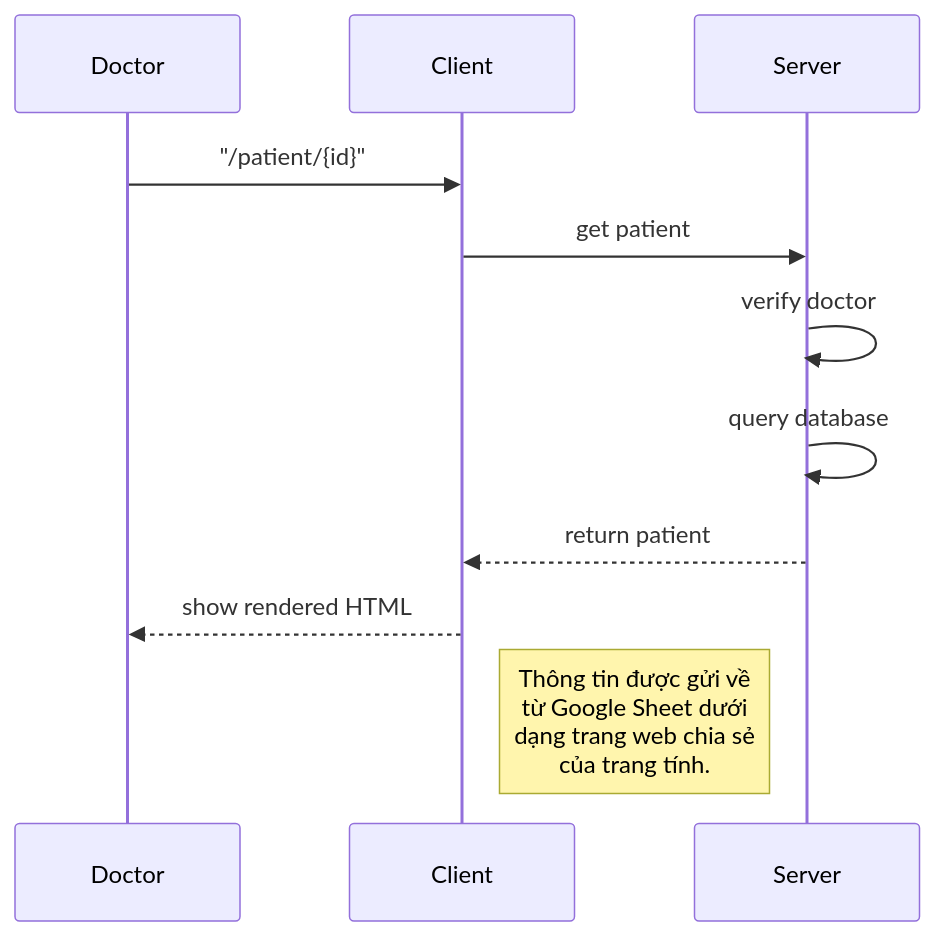
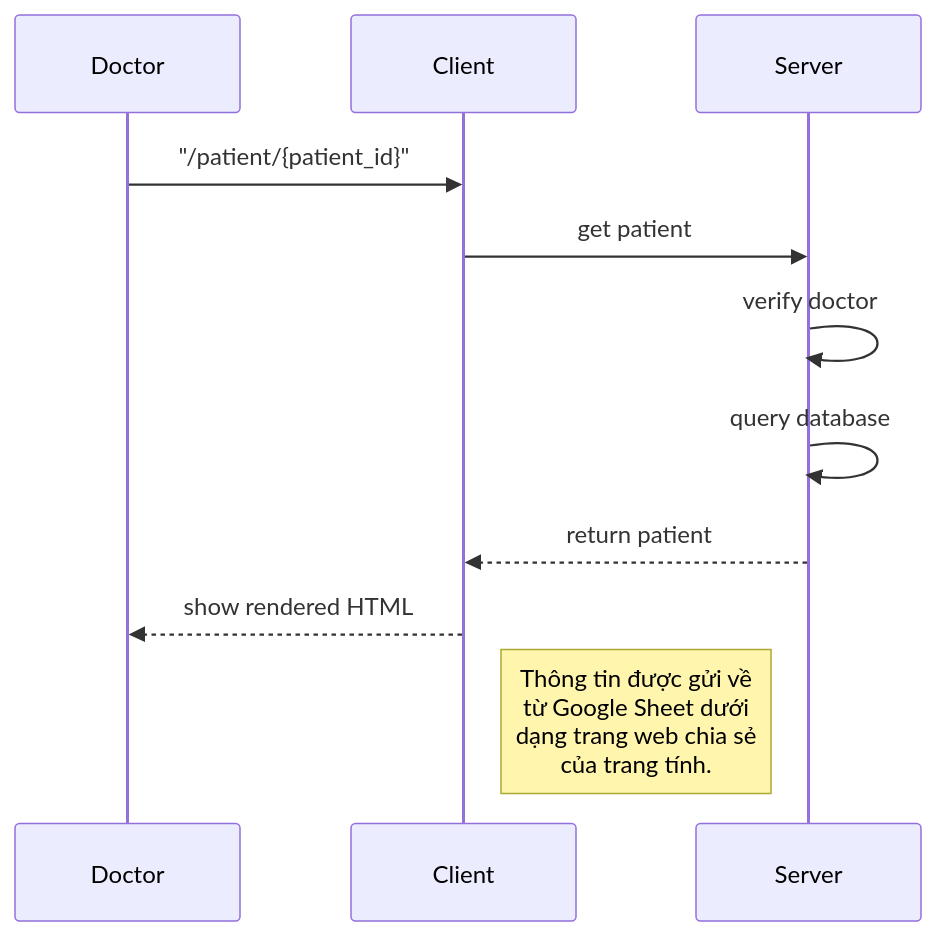
Before and after one commit to itvkist/infectious-disease: diagram 14 of 20 in BE_README.md, drawn with Mermaid. The commit also changed other lines of this file, not shown here.

````diff
--- a/BE_README.md
+++ b/BE_README.md
@@ -494,10 +519,10 @@
 ```mermaid
 sequenceDiagram
-Doctor ->> Client: "/patient/{id}"
+Doctor ->> Client: "/patient/{patient_id}"
 Client ->> Server: get patient
 Server ->> Server: verify doctor
 Server ->> Server: query database
 Server-->>Client: return patient
 Client -->> Doctor: show rendered HTML
 Note right of Client: Thông tin được gửi về <br/> từ Google Sheet dưới <br/> dạng trang web chia sẻ <br/> của trang tính.
 ```
````
